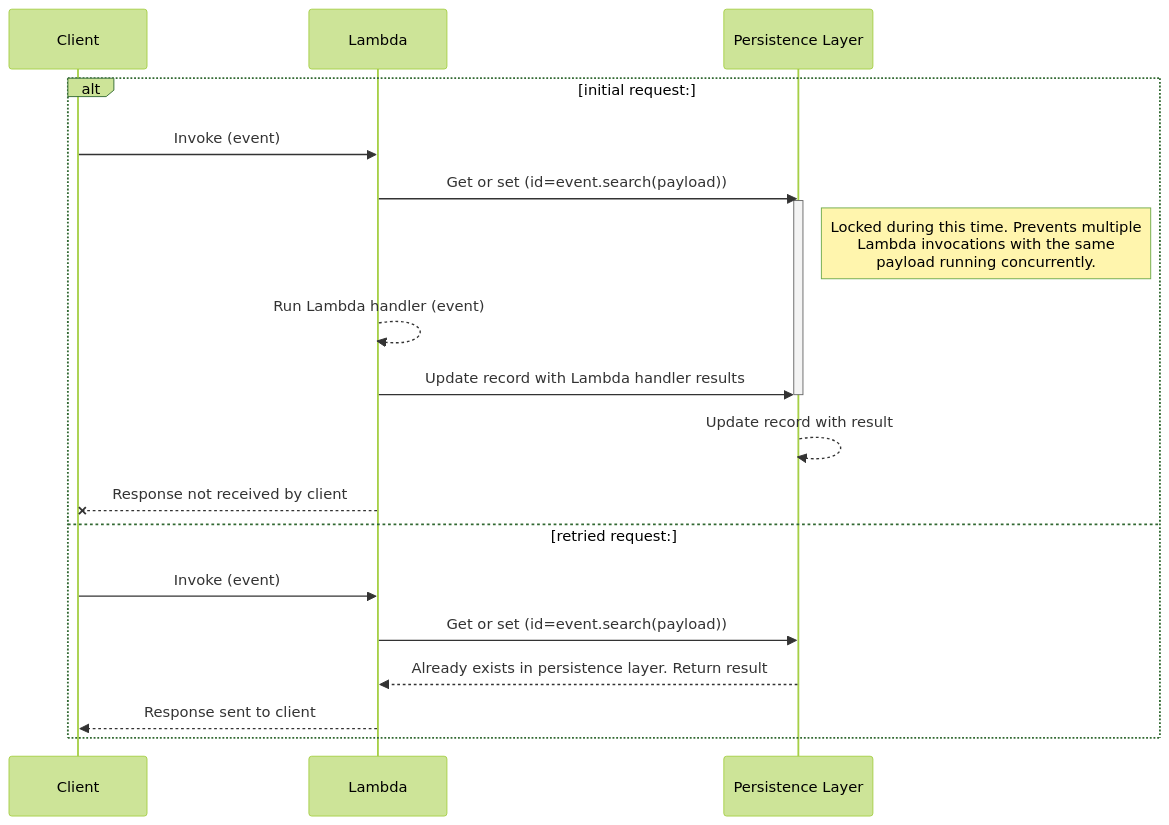
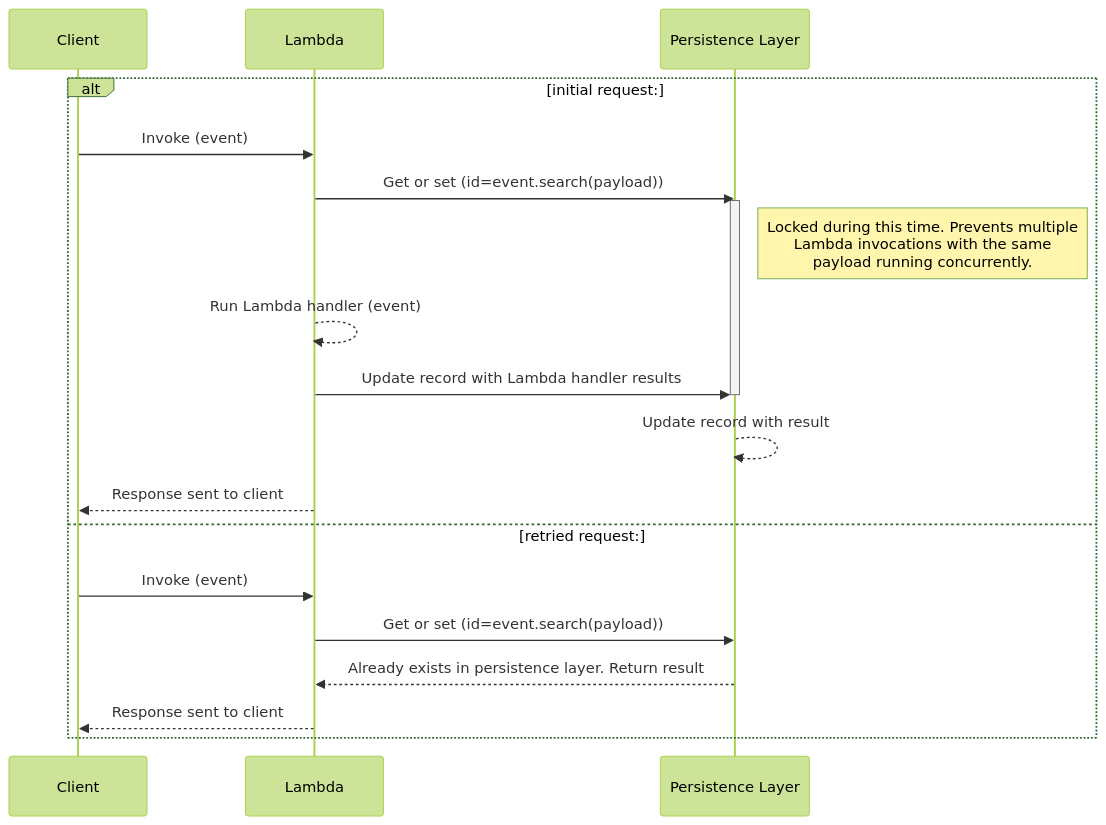
The first of 3 diagrams in docs/utilities/idempotency.md (aws-powertools/powertools-lambda-python), drawn with Mermaid (forest theme) before and after one commit. The commit also changed other lines of this file and 7 other files, not shown here.

````diff
--- a/docs/utilities/idempotency.md
+++ b/docs/utilities/idempotency.md
@@ -359,22 +359,22 @@
 ```mermaid
 sequenceDiagram
     participant Client
     participant Lambda
     participant Persistence Layer
     alt initial request:
         Client->>Lambda: Invoke (event)
         Lambda->>Persistence Layer: Get or set (id=event.search(payload))
         activate Persistence Layer
         Note right of Persistence Layer: Locked during this time. Prevents multiple<br/>Lambda invocations with the same<br/>payload running concurrently.
         Lambda-->>Lambda: Run Lambda handler (event)
         Lambda->>Persistence Layer: Update record with Lambda handler results
         deactivate Persistence Layer
         Persistence Layer-->>Persistence Layer: Update record with result
-        Lambda--xClient: Response not received by client
+        Lambda-->>Client: Response sent to client
     else retried request:
         Client->>Lambda: Invoke (event)
         Lambda->>Persistence Layer: Get or set (id=event.search(payload))
         Persistence Layer-->>Lambda: Already exists in persistence layer. Return result
-        Lambda-->>Client: Response  sent to client
+        Lambda-->>Client: Response sent to client
     end
 ```
````
